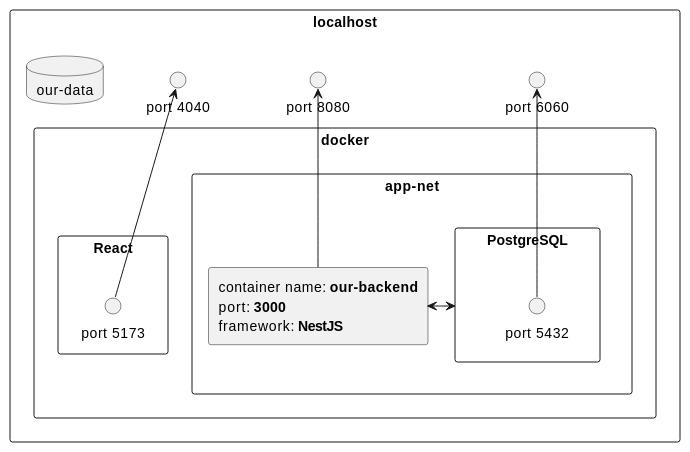
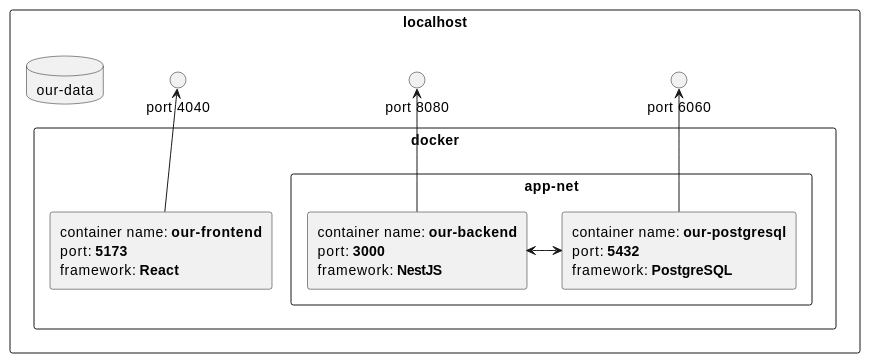
Before and after one commit to eprei/42_ft_transcendence: the first of 2 diagrams in docs/README.adoc, drawn with PlantUML. The commit also changed 2 other files, not shown here.

Commit message:
docs: update docker.svg
more information about:
- react
- postgresql

```diff
--- a/docs/README.adoc
+++ b/docs/README.adoc
@@ -9,30 +9,34 @@
 [plantuml, target=assets/docker, format=svg, width=100%]
 ....
 rectangle localhost {
 	database "our-data" as our_data
 	circle "port 8080" as portout_nest
 	circle "port 6060" as portout_postgre
 	circle "port 4040" as portout_react
 
 	rectangle docker {
 		rectangle app-net {
 			rectangle NestJS [
 				container name: <b>our-backend
 				port: <b>3000
 				framework: <b>NestJS
 			]
-			rectangle PostgreSQL {
-				circle "port 5432" as portin_postgre
-			}
+			rectangle PostgreSQL [
+				container name: <b>our-postgresql
+				port: <b>5432
+				framework: <b>PostgreSQL
+			]
 		}
-		rectangle React {
-			circle "port 5173" as portin_react
-		}
+		rectangle React [
+			container name: <b>our-frontend
+			port: <b>5173
+			framework: <b>React
+		]
 	}
 }
 
 NestJS -up-> portout_nest
-portin_react -up-> portout_react
-portin_postgre -up-> portout_postgre
+React -up-> portout_react
+PostgreSQL -up-> portout_postgre
 NestJS <-le-> PostgreSQL
 ....
```
